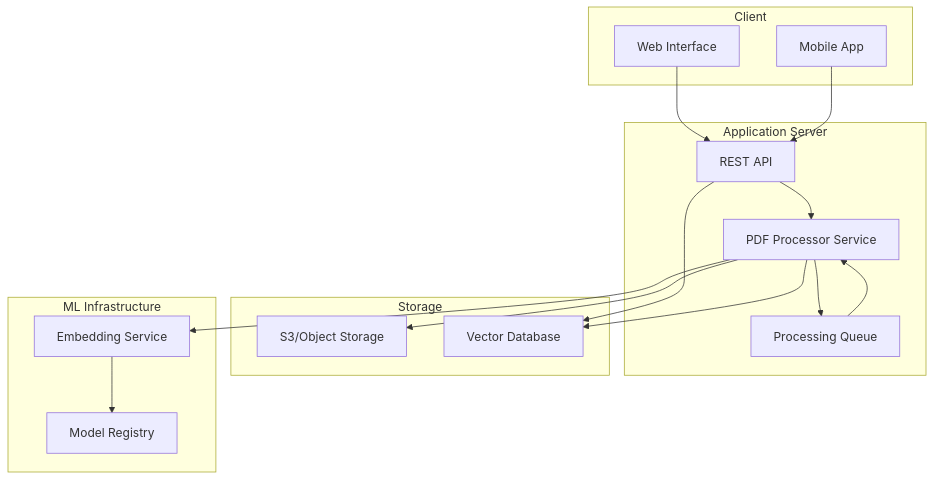
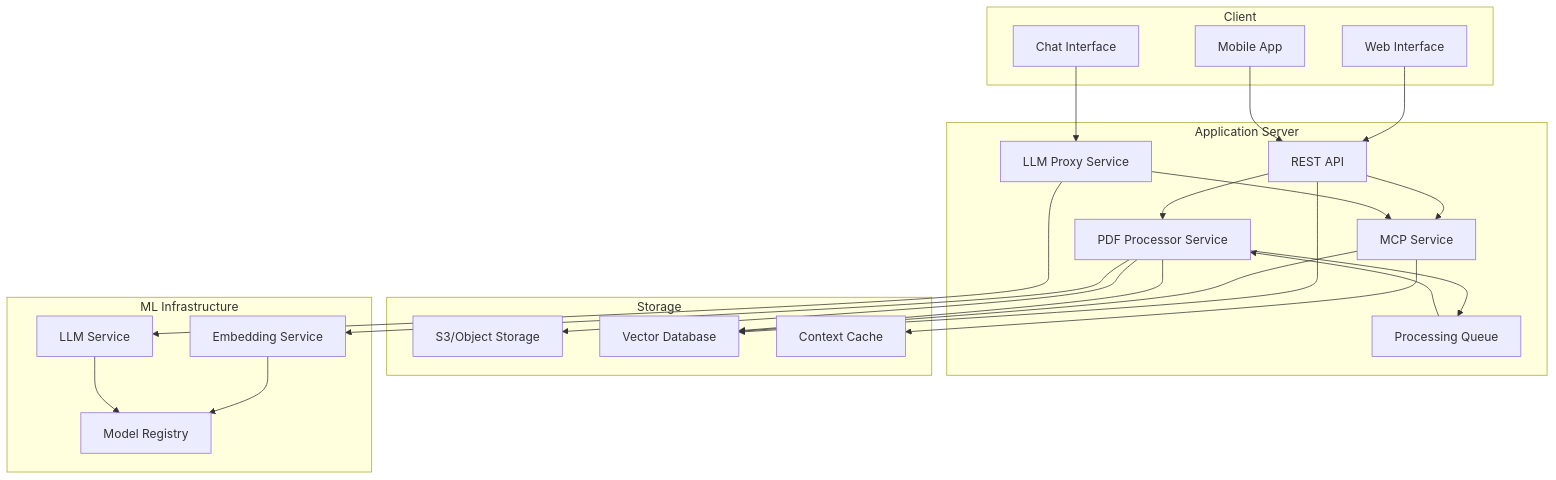
The second of 4 diagrams in architecture_diagrams/deployment_diagram.md (pnandi/vector-search), drawn with Mermaid before and after one commit. The commit also changed other lines of this file and 2 other files, not shown here.

First line of the commit message:
architecture diagram updates

````diff
--- a/architecture_diagrams/deployment_diagram.md
+++ b/architecture_diagrams/deployment_diagram.md
@@ -31,34 +41,51 @@
 ```mermaid
 flowchart TD
     subgraph "Client"
         WebUI[Web Interface]
         MobileApp[Mobile App]
+        ChatUI[Chat Interface]
     end
-    
+
     subgraph "Application Server"
         API[REST API]
         PDFProcessor[PDF Processor Service]
         Queue[Processing Queue]
+        MCPService[MCP Service]
+        LLMProxy[LLM Proxy Service]
     end
-    
+
     subgraph "Storage"
         ObjectStorage[S3/Object Storage]
         VectorDB[Vector Database]
+        ContextCache[Context Cache]
     end
-    
+
     subgraph "ML Infrastructure"
         EmbeddingService[Embedding Service]
         ModelRegistry[Model Registry]
+        LLMService[LLM Service]
     end
-    
+
     WebUI --> API
     MobileApp --> API
+    ChatUI --> LLMProxy
+
     API --> PDFProcessor
     API --> VectorDB
+    API --> MCPService
+
+    LLMProxy --> MCPService
+    LLMProxy --> LLMService
+
+    MCPService --> VectorDB
+    MCPService --> ContextCache
+
     PDFProcessor --> Queue
     Queue --> PDFProcessor
     PDFProcessor --> ObjectStorage
     PDFProcessor --> EmbeddingService
     PDFProcessor --> VectorDB
+
     EmbeddingService --> ModelRegistry
+    LLMService --> ModelRegistry
 ```
````
